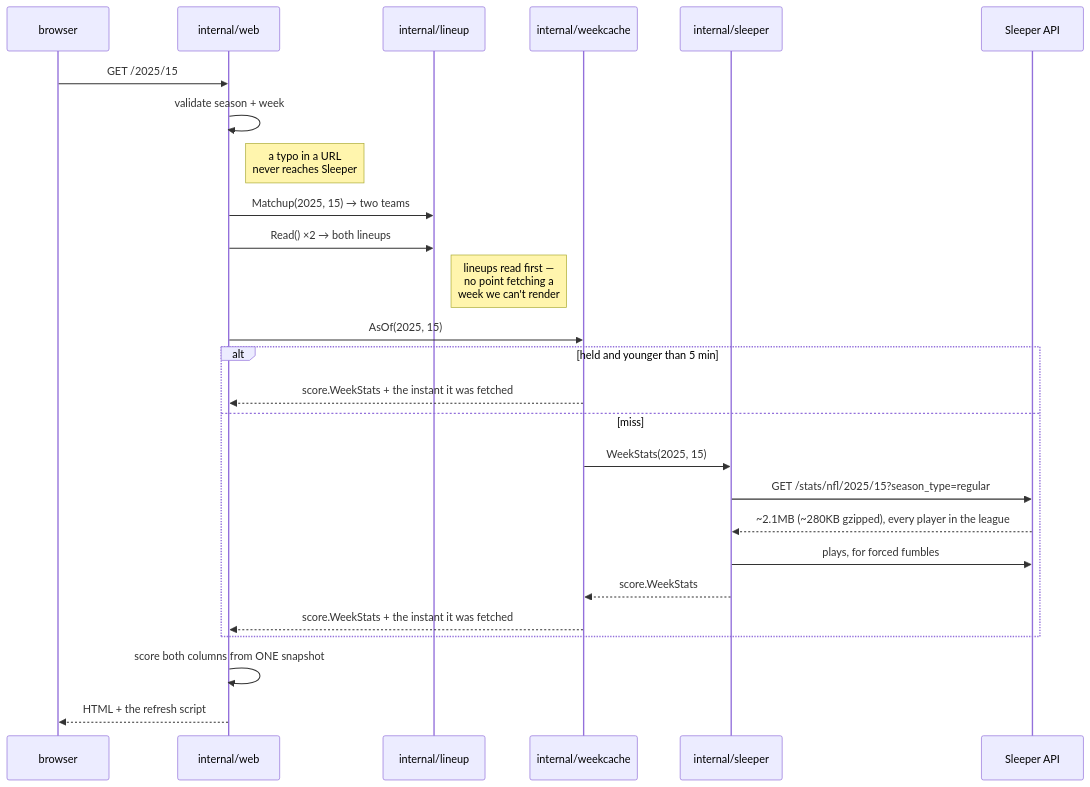
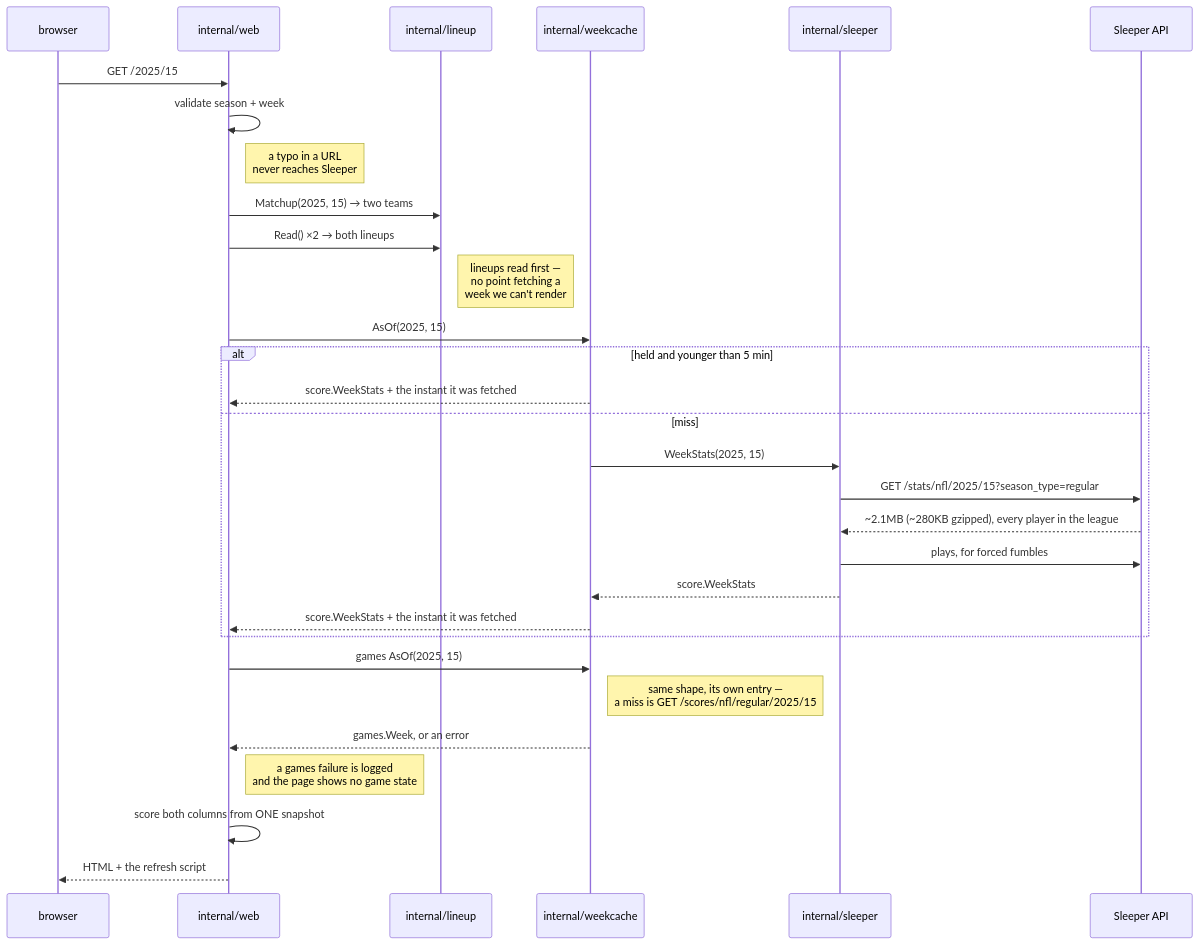
Before and after one commit to eshifrin-606/bojjaes: the fifth of 9 diagrams in docs/architecture.md, drawn with Mermaid. The commit also changed other lines of this file and 28 other files, not shown here.

First line of the commit message:
Show each starter's game status on the matchup page

````diff
--- a/docs/architecture.md
+++ b/docs/architecture.md
@@ -149,29 +154,33 @@
 ```mermaid
 sequenceDiagram
     participant B as browser
     participant W as internal/web
     participant R as internal/lineup
     participant C as internal/weekcache
     participant S as internal/sleeper
     participant X as Sleeper API
 
     B->>W: GET /2025/15
     W->>W: validate season + week
     Note right of W: a typo in a URL<br/>never reaches Sleeper
     W->>R: Matchup(2025, 15) → two teams
     W->>R: Read() ×2 → both lineups
     Note right of R: lineups read first —<br/>no point fetching a<br/>week we can't render
     W->>C: AsOf(2025, 15)
     alt held and younger than 5 min
         C-->>W: score.WeekStats + the instant it was fetched
     else miss
         C->>S: WeekStats(2025, 15)
         S->>X: GET /stats/nfl/2025/15?season_type=regular
         X-->>S: ~2.1MB (~280KB gzipped), every player in the league
         S->>X: plays, for forced fumbles
         S-->>C: score.WeekStats
         C-->>W: score.WeekStats + the instant it was fetched
     end
+    W->>C: games AsOf(2025, 15)
+    Note right of C: same shape, its own entry —<br/>a miss is GET /scores/nfl/regular/2025/15
+    C-->>W: games.Week, or an error
+    Note right of W: a games failure is logged<br/>and the page shows no game state
     W->>W: score both columns from ONE snapshot
     W-->>B: HTML + the refresh script
 ```
````
